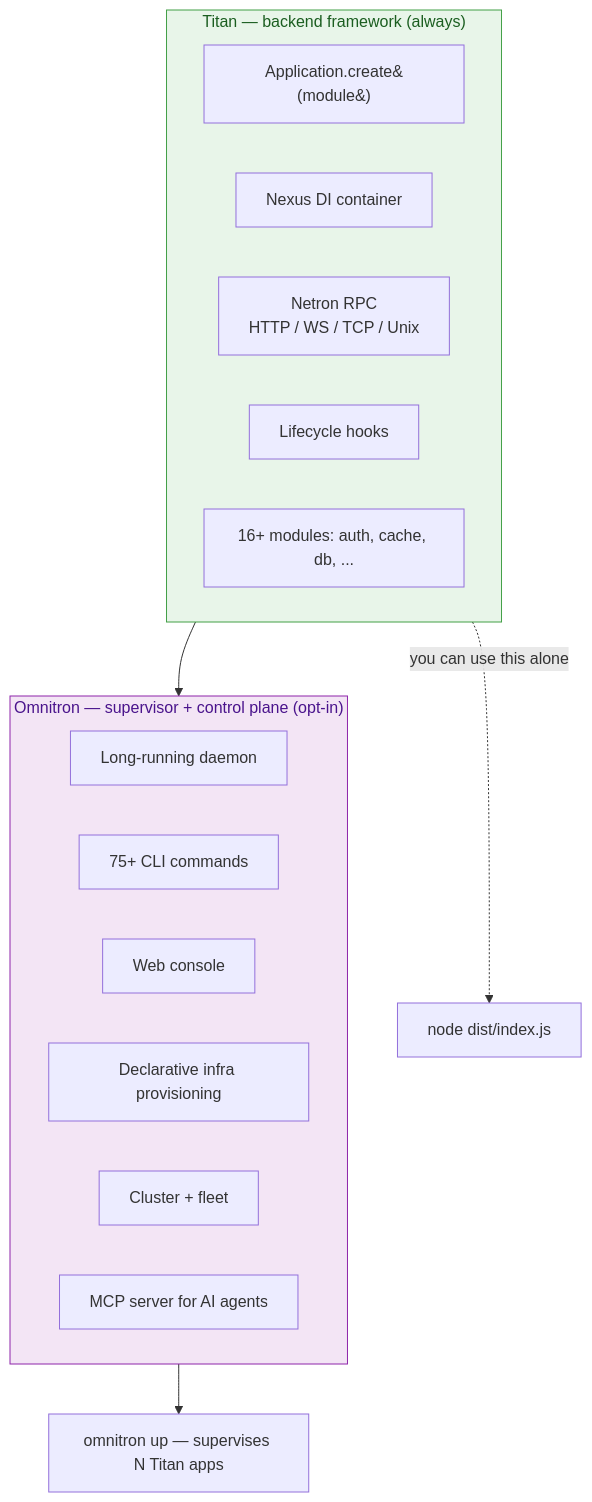
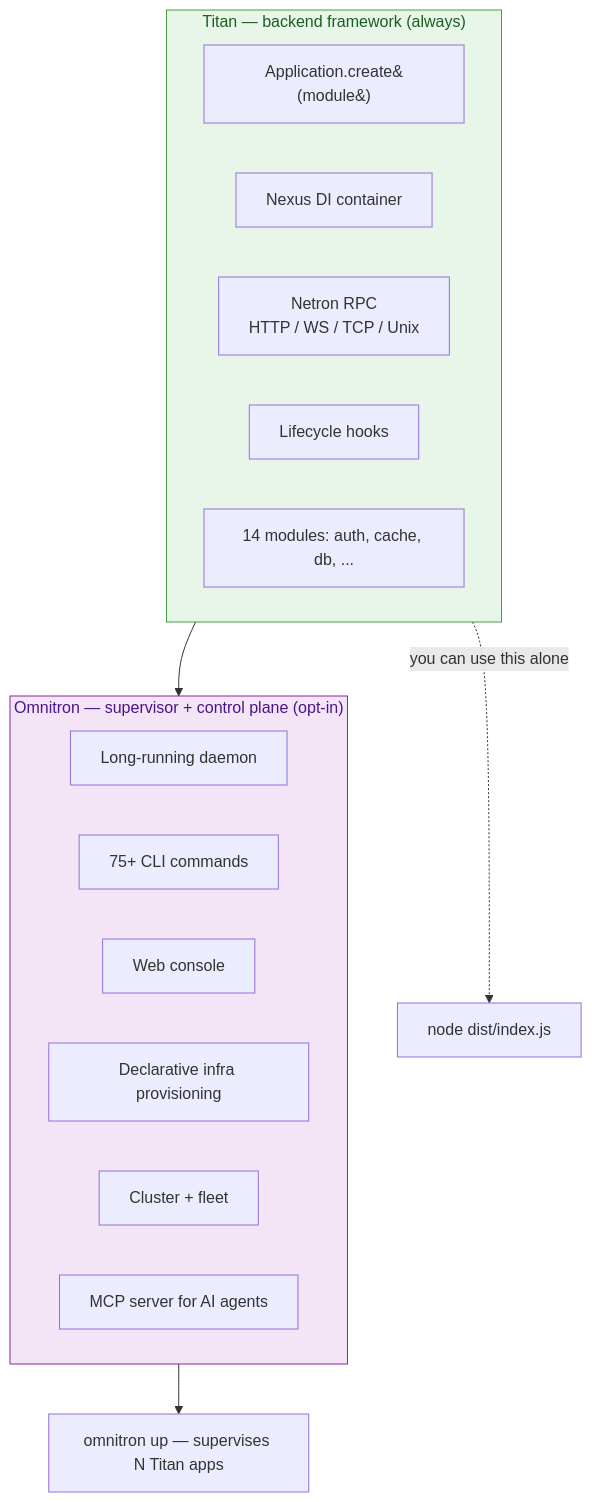
One commit to omnitron-dev/website changed the diagram in docs/foundations/titan-vs-omnitron.md. Above: the diagram before and after it, drawn with Mermaid. The commit also changed other lines of this file and 23 other files, not shown here.

````diff
--- a/docs/foundations/titan-vs-omnitron.md
+++ b/docs/foundations/titan-vs-omnitron.md
@@ -19,30 +19,30 @@
 ```mermaid
 flowchart TB
   subgraph Titan["Titan — backend framework (always)"]
     direction LR
     App[Application.create&#40;module&#41;]
     DI[Nexus DI container]
     Net[Netron RPC<br/>HTTP / WS / TCP / Unix]
     Lif[Lifecycle hooks]
-    Mods[16+ modules: auth, cache, db, ...]
+    Mods[14 modules: auth, cache, db, ...]
   end
 
   subgraph Omnitron["Omnitron — supervisor + control plane (opt-in)"]
     direction LR
     Daemon[Long-running daemon]
     CLI[75+ CLI commands]
     Console[Web console]
     Infra[Declarative infra provisioning]
     Cluster[Cluster + fleet]
     MCP[MCP server for AI agents]
   end
 
   Titan -. you can use this alone .-> Run1[node dist/index.js]
   Titan --> Omnitron
   Omnitron --> Run2[omnitron up — supervises N Titan apps]
 
   classDef titan fill:#e8f5e9,stroke:#43a047,color:#1b5e20
   classDef omni fill:#f3e5f5,stroke:#8e24aa,color:#4a148c
   class Titan titan
   class Omnitron omni
 ```
````
